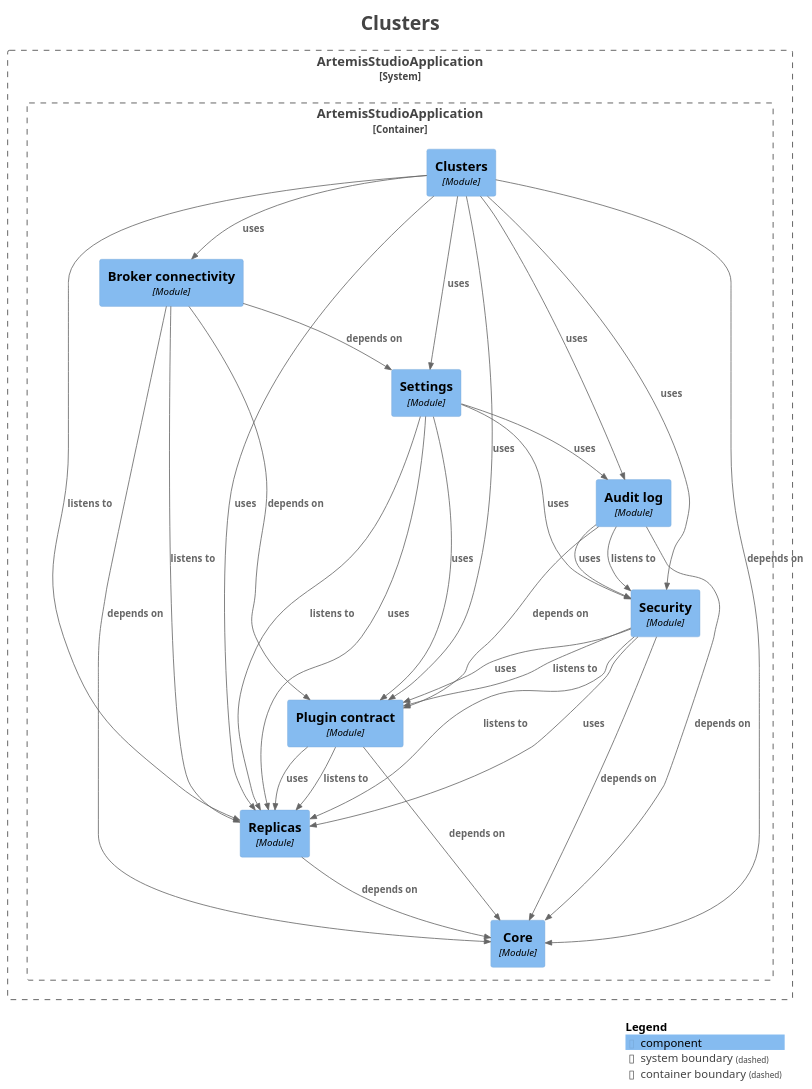
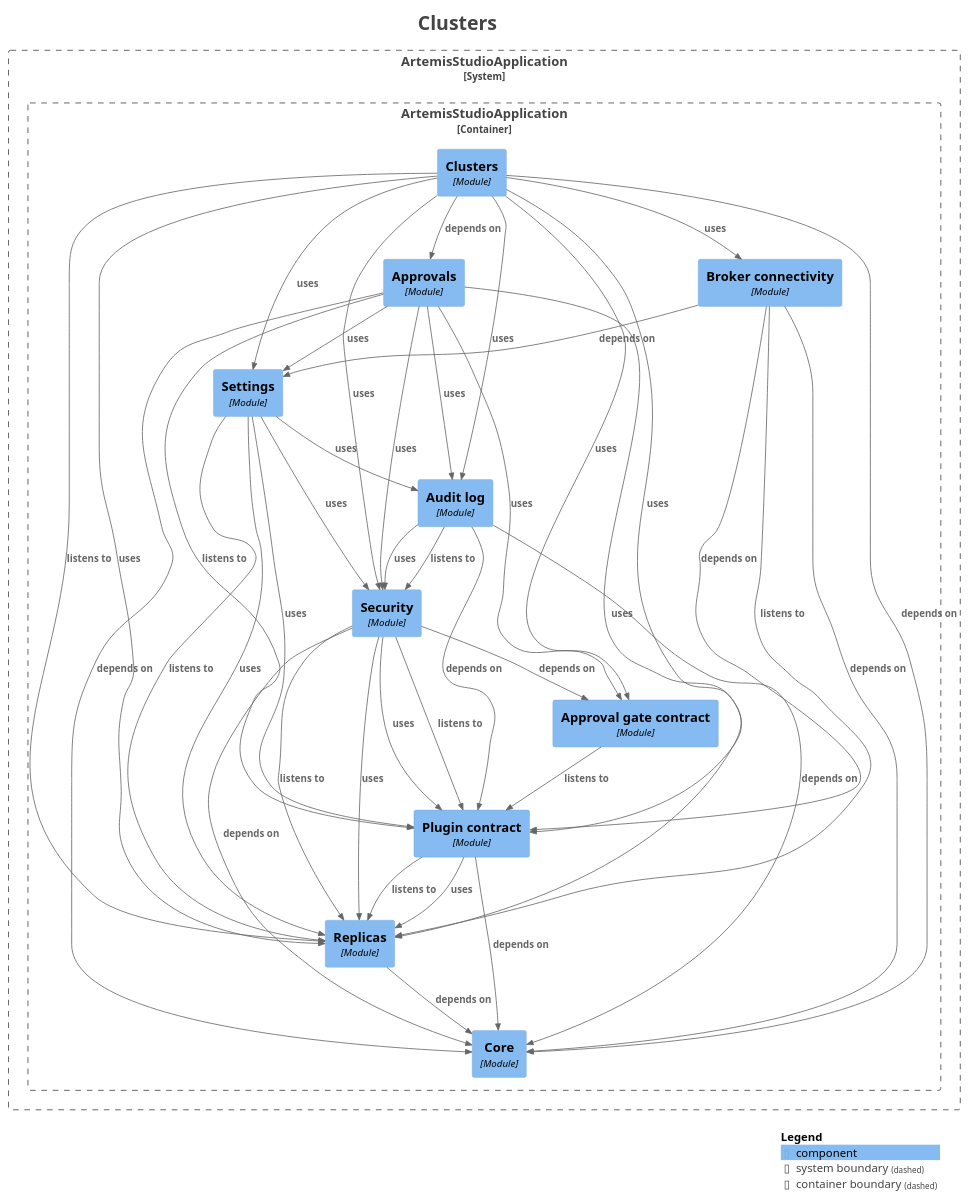
One commit to sudoitir/artemis-studio changed the diagram in docs/modules/module-platform.clusters.puml. Above: the diagram before and after it, drawn with PlantUML. The commit also changed 12 other files, not shown here.

Commit message:
docs(modules): regenerate the module diagrams for the gated operations

```diff
--- a/docs/modules/module-platform.clusters.puml
+++ b/docs/modules/module-platform.clusters.puml
@@ -1,65 +1,78 @@
 @startuml
 title <size:24>Clusters</size>
 
 set separator none
 top to bottom direction
 
 <style>
   root {
     BackgroundColor: #ffffff
     FontColor: #444444
   }
 </style>
 
 !include <C4/C4>
 !include <C4/C4_Context>
 !include <C4/C4_Component>
 
 System_Boundary("ArtemisStudioApplication_boundary", "ArtemisStudioApplication", $tags="") {
   Container_Boundary("ArtemisStudioApplication.ArtemisStudioApplication_boundary", "ArtemisStudioApplication", $tags="") {
+    Component(ArtemisStudioApplication.ArtemisStudioApplication.Approvalgatecontract, "Approval gate contract", $techn="Module", $descr="", $tags="", $link="")
+    Component(ArtemisStudioApplication.ArtemisStudioApplication.Approvals, "Approvals", $techn="Module", $descr="", $tags="", $link="")
     Component(ArtemisStudioApplication.ArtemisStudioApplication.Auditlog, "Audit log", $techn="Module", $descr="", $tags="", $link="")
     Component(ArtemisStudioApplication.ArtemisStudioApplication.Brokerconnectivity, "Broker connectivity", $techn="Module", $descr="", $tags="", $link="")
     Component(ArtemisStudioApplication.ArtemisStudioApplication.Clusters, "Clusters", $techn="Module", $descr="", $tags="", $link="")
     Component(ArtemisStudioApplication.ArtemisStudioApplication.Core, "Core", $techn="Module", $descr="", $tags="", $link="")
     Component(ArtemisStudioApplication.ArtemisStudioApplication.Plugincontract, "Plugin contract", $techn="Module", $descr="", $tags="", $link="")
     Component(ArtemisStudioApplication.ArtemisStudioApplication.Replicas, "Replicas", $techn="Module", $descr="", $tags="", $link="")
     Component(ArtemisStudioApplication.ArtemisStudioApplication.Security, "Security", $techn="Module", $descr="", $tags="", $link="")
     Component(ArtemisStudioApplication.ArtemisStudioApplication.Settings, "Settings", $techn="Module", $descr="", $tags="", $link="")
   }
 
 }
 
+Rel(ArtemisStudioApplication.ArtemisStudioApplication.Approvalgatecontract, ArtemisStudioApplication.ArtemisStudioApplication.Plugincontract, "listens to", $techn="", $tags="", $link="")
+Rel(ArtemisStudioApplication.ArtemisStudioApplication.Approvals, ArtemisStudioApplication.ArtemisStudioApplication.Approvalgatecontract, "uses", $techn="", $tags="", $link="")
+Rel(ArtemisStudioApplication.ArtemisStudioApplication.Approvals, ArtemisStudioApplication.ArtemisStudioApplication.Auditlog, "uses", $techn="", $tags="", $link="")
+Rel(ArtemisStudioApplication.ArtemisStudioApplication.Approvals, ArtemisStudioApplication.ArtemisStudioApplication.Core, "depends on", $techn="", $tags="", $link="")
+Rel(ArtemisStudioApplication.ArtemisStudioApplication.Approvals, ArtemisStudioApplication.ArtemisStudioApplication.Plugincontract, "listens to", $techn="", $tags="", $link="")
+Rel(ArtemisStudioApplication.ArtemisStudioApplication.Approvals, ArtemisStudioApplication.ArtemisStudioApplication.Replicas, "uses", $techn="", $tags="", $link="")
+Rel(ArtemisStudioApplication.ArtemisStudioApplication.Approvals, ArtemisStudioApplication.ArtemisStudioApplication.Security, "uses", $techn="", $tags="", $link="")
+Rel(ArtemisStudioApplication.ArtemisStudioApplication.Approvals, ArtemisStudioApplication.ArtemisStudioApplication.Settings, "uses", $techn="", $tags="", $link="")
 Rel(ArtemisStudioApplication.ArtemisStudioApplication.Auditlog, ArtemisStudioApplication.ArtemisStudioApplication.Core, "depends on", $techn="", $tags="", $link="")
 Rel(ArtemisStudioApplication.ArtemisStudioApplication.Auditlog, ArtemisStudioApplication.ArtemisStudioApplication.Plugincontract, "depends on", $techn="", $tags="", $link="")
 Rel(ArtemisStudioApplication.ArtemisStudioApplication.Auditlog, ArtemisStudioApplication.ArtemisStudioApplication.Security, "listens to", $techn="", $tags="", $link="")
 Rel(ArtemisStudioApplication.ArtemisStudioApplication.Auditlog, ArtemisStudioApplication.ArtemisStudioApplication.Security, "uses", $techn="", $tags="", $link="")
 Rel(ArtemisStudioApplication.ArtemisStudioApplication.Brokerconnectivity, ArtemisStudioApplication.ArtemisStudioApplication.Core, "depends on", $techn="", $tags="", $link="")
 Rel(ArtemisStudioApplication.ArtemisStudioApplication.Brokerconnectivity, ArtemisStudioApplication.ArtemisStudioApplication.Plugincontract, "depends on", $techn="", $tags="", $link="")
 Rel(ArtemisStudioApplication.ArtemisStudioApplication.Brokerconnectivity, ArtemisStudioApplication.ArtemisStudioApplication.Replicas, "listens to", $techn="", $tags="", $link="")
 Rel(ArtemisStudioApplication.ArtemisStudioApplication.Brokerconnectivity, ArtemisStudioApplication.ArtemisStudioApplication.Settings, "depends on", $techn="", $tags="", $link="")
+Rel(ArtemisStudioApplication.ArtemisStudioApplication.Clusters, ArtemisStudioApplication.ArtemisStudioApplication.Approvalgatecontract, "uses", $techn="", $tags="", $link="")
+Rel(ArtemisStudioApplication.ArtemisStudioApplication.Clusters, ArtemisStudioApplication.ArtemisStudioApplication.Approvals, "depends on", $techn="", $tags="", $link="")
 Rel(ArtemisStudioApplication.ArtemisStudioApplication.Clusters, ArtemisStudioApplication.ArtemisStudioApplication.Auditlog, "uses", $techn="", $tags="", $link="")
 Rel(ArtemisStudioApplication.ArtemisStudioApplication.Clusters, ArtemisStudioApplication.ArtemisStudioApplication.Brokerconnectivity, "uses", $techn="", $tags="", $link="")
 Rel(ArtemisStudioApplication.ArtemisStudioApplication.Clusters, ArtemisStudioApplication.ArtemisStudioApplication.Core, "depends on", $techn="", $tags="", $link="")
 Rel(ArtemisStudioApplication.ArtemisStudioApplication.Clusters, ArtemisStudioApplication.ArtemisStudioApplication.Plugincontract, "uses", $techn="", $tags="", $link="")
 Rel(ArtemisStudioApplication.ArtemisStudioApplication.Clusters, ArtemisStudioApplication.ArtemisStudioApplication.Replicas, "listens to", $techn="", $tags="", $link="")
 Rel(ArtemisStudioApplication.ArtemisStudioApplication.Clusters, ArtemisStudioApplication.ArtemisStudioApplication.Replicas, "uses", $techn="", $tags="", $link="")
 Rel(ArtemisStudioApplication.ArtemisStudioApplication.Clusters, ArtemisStudioApplication.ArtemisStudioApplication.Security, "uses", $techn="", $tags="", $link="")
 Rel(ArtemisStudioApplication.ArtemisStudioApplication.Clusters, ArtemisStudioApplication.ArtemisStudioApplication.Settings, "uses", $techn="", $tags="", $link="")
 Rel(ArtemisStudioApplication.ArtemisStudioApplication.Plugincontract, ArtemisStudioApplication.ArtemisStudioApplication.Core, "depends on", $techn="", $tags="", $link="")
 Rel(ArtemisStudioApplication.ArtemisStudioApplication.Plugincontract, ArtemisStudioApplication.ArtemisStudioApplication.Replicas, "listens to", $techn="", $tags="", $link="")
 Rel(ArtemisStudioApplication.ArtemisStudioApplication.Plugincontract, ArtemisStudioApplication.ArtemisStudioApplication.Replicas, "uses", $techn="", $tags="", $link="")
 Rel(ArtemisStudioApplication.ArtemisStudioApplication.Replicas, ArtemisStudioApplication.ArtemisStudioApplication.Core, "depends on", $techn="", $tags="", $link="")
+Rel(ArtemisStudioApplication.ArtemisStudioApplication.Security, ArtemisStudioApplication.ArtemisStudioApplication.Approvalgatecontract, "depends on", $techn="", $tags="", $link="")
 Rel(ArtemisStudioApplication.ArtemisStudioApplication.Security, ArtemisStudioApplication.ArtemisStudioApplication.Core, "depends on", $techn="", $tags="", $link="")
 Rel(ArtemisStudioApplication.ArtemisStudioApplication.Security, ArtemisStudioApplication.ArtemisStudioApplication.Plugincontract, "listens to", $techn="", $tags="", $link="")
 Rel(ArtemisStudioApplication.ArtemisStudioApplication.Security, ArtemisStudioApplication.ArtemisStudioApplication.Plugincontract, "uses", $techn="", $tags="", $link="")
 Rel(ArtemisStudioApplication.ArtemisStudioApplication.Security, ArtemisStudioApplication.ArtemisStudioApplication.Replicas, "listens to", $techn="", $tags="", $link="")
 Rel(ArtemisStudioApplication.ArtemisStudioApplication.Security, ArtemisStudioApplication.ArtemisStudioApplication.Replicas, "uses", $techn="", $tags="", $link="")
 Rel(ArtemisStudioApplication.ArtemisStudioApplication.Settings, ArtemisStudioApplication.ArtemisStudioApplication.Auditlog, "uses", $techn="", $tags="", $link="")
 Rel(ArtemisStudioApplication.ArtemisStudioApplication.Settings, ArtemisStudioApplication.ArtemisStudioApplication.Plugincontract, "uses", $techn="", $tags="", $link="")
 Rel(ArtemisStudioApplication.ArtemisStudioApplication.Settings, ArtemisStudioApplication.ArtemisStudioApplication.Replicas, "listens to", $techn="", $tags="", $link="")
 Rel(ArtemisStudioApplication.ArtemisStudioApplication.Settings, ArtemisStudioApplication.ArtemisStudioApplication.Replicas, "uses", $techn="", $tags="", $link="")
 Rel(ArtemisStudioApplication.ArtemisStudioApplication.Settings, ArtemisStudioApplication.ArtemisStudioApplication.Security, "uses", $techn="", $tags="", $link="")
 
 SHOW_LEGEND(true)
 hide stereotypes
 @enduml
```
